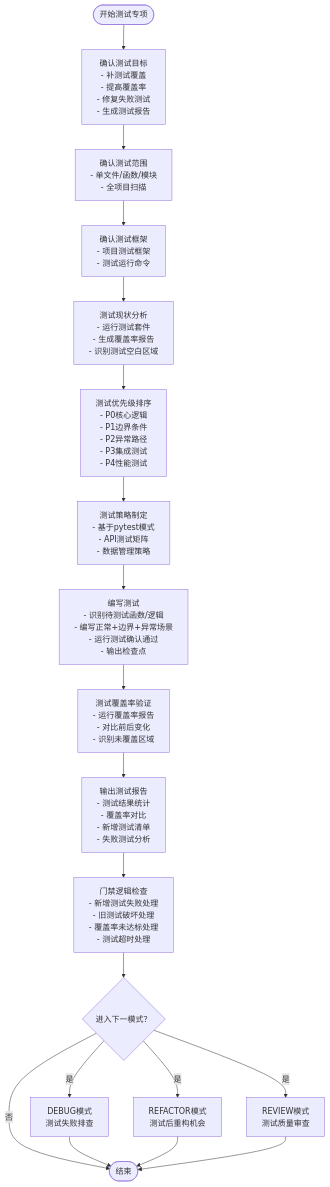
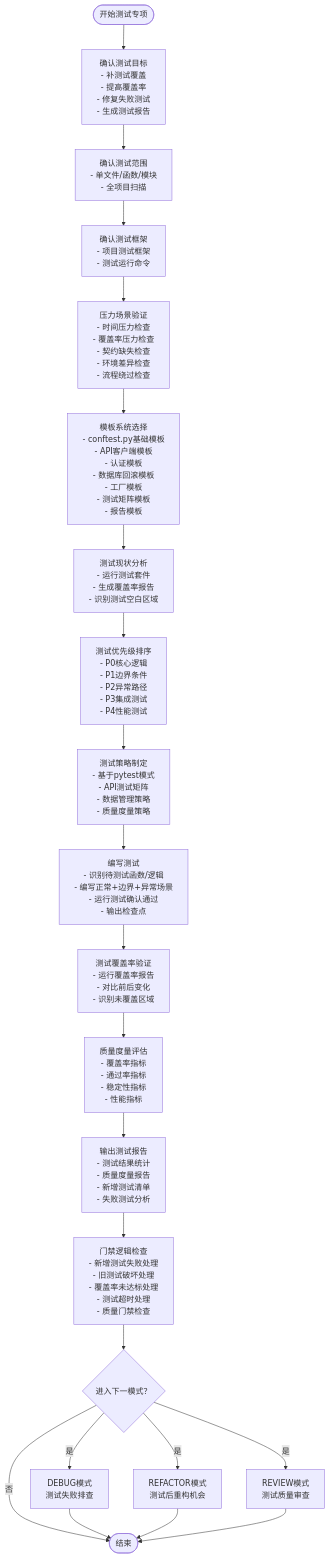
One commit to AngelWings1997/altas changed the second of 24 diagrams in .qoder/repowiki/zh/content/测试专项模式.md. Above: the diagram before and after it, drawn with Mermaid. The commit also changed other lines of this file and 8 other files, not shown here.

````diff
--- a/.qoder/repowiki/zh/content/测试专项模式.md
+++ b/.qoder/repowiki/zh/content/测试专项模式.md
@@ -127,21 +191,24 @@
 ```mermaid
 flowchart TD
 Start([开始测试专项]) --> Confirm["确认测试目标<br/>- 补测试覆盖<br/>- 提高覆盖率<br/>- 修复失败测试<br/>- 生成测试报告"]
 Confirm --> Scope["确认测试范围<br/>- 单文件/函数/模块<br/>- 全项目扫描"]
 Scope --> Framework["确认测试框架<br/>- 项目测试框架<br/>- 测试运行命令"]
-Framework --> Analysis["测试现状分析<br/>- 运行测试套件<br/>- 生成覆盖率报告<br/>- 识别测试空白区域"]
+Framework --> PressureCheck["压力场景验证<br/>- 时间压力检查<br/>- 覆盖率压力检查<br/>- 契约缺失检查<br/>- 环境差异检查<br/>- 流程绕过检查"]
+PressureCheck --> TemplateSelection["模板系统选择<br/>- conftest.py基础模板<br/>- API客户端模板<br/>- 认证模板<br/>- 数据库回滚模板<br/>- 工厂模板<br/>- 测试矩阵模板<br/>- 报告模板"]
+TemplateSelection --> Analysis["测试现状分析<br/>- 运行测试套件<br/>- 生成覆盖率报告<br/>- 识别测试空白区域"]
 Analysis --> Priority["测试优先级排序<br/>- P0核心逻辑<br/>- P1边界条件<br/>- P2异常路径<br/>- P3集成测试<br/>- P4性能测试"]
-Priority --> Strategy["测试策略制定<br/>- 基于pytest模式<br/>- API测试矩阵<br/>- 数据管理策略"]
+Priority --> Strategy["测试策略制定<br/>- 基于pytest模式<br/>- API测试矩阵<br/>- 数据管理策略<br/>- 质量度量策略"]
 Strategy --> WriteTests["编写测试<br/>- 识别待测试函数/逻辑<br/>- 编写正常+边界+异常场景<br/>- 运行测试确认通过<br/>- 输出检查点"]
 WriteTests --> Coverage["测试覆盖率验证<br/>- 运行覆盖率报告<br/>- 对比前后变化<br/>- 识别未覆盖区域"]
-Coverage --> Report["输出测试报告<br/>- 测试结果统计<br/>- 覆盖率对比<br/>- 新增测试清单<br/>- 失败测试分析"]
-Report --> Gate["门禁逻辑检查<br/>- 新增测试失败处理<br/>- 旧测试破坏处理<br/>- 覆盖率未达标处理<br/>- 测试超时处理"]
+Coverage --> QualityMetrics["质量度量评估<br/>- 覆盖率指标<br/>- 通过率指标<br/>- 稳定性指标<br/>- 性能指标"]
+QualityMetrics --> Report["输出测试报告<br/>- 测试结果统计<br/>- 质量度量报告<br/>- 新增测试清单<br/>- 失败测试分析"]
+Report --> Gate["门禁逻辑检查<br/>- 新增测试失败处理<br/>- 旧测试破坏处理<br/>- 覆盖率未达标处理<br/>- 测试超时处理<br/>- 质量门禁检查"]
 Gate --> NextMode{"进入下一模式？"}
 NextMode --> |是| Debug["DEBUG模式<br/>测试失败排查"]
 NextMode --> |是| Refactor["REFACTOR模式<br/>测试后重构机会"]
 NextMode --> |是| Review["REVIEW模式<br/>测试质量审查"]
 NextMode --> |否| End([结束])
 Debug --> End
 Refactor --> End
 Review --> End
 ```
````
